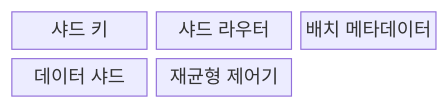
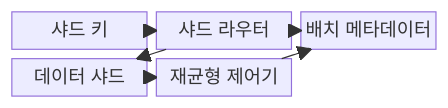
Before and after one commit to agnusdei1207/knowledge-base: the first of 2 diagrams in src/content/docs/notes/03-software/099_sharding.md, drawn with Mermaid. The commit also changed other lines of this file and 20 other files, not shown here.

````diff
--- a/src/content/docs/notes/03-software/099_sharding.md
+++ b/src/content/docs/notes/03-software/099_sharding.md
@@ -55,9 +62,14 @@
 ```mermaid
 block-beta
   columns 3
   K["샤드 키"]
   R["샤드 라우터"]
   M["배치 메타데이터"]
   S["데이터 샤드"]
   B["재균형 제어기"]
+  K --> R
+  M --> R
+  R --> S
+  B --> M
+  B --> S
 ```
````
